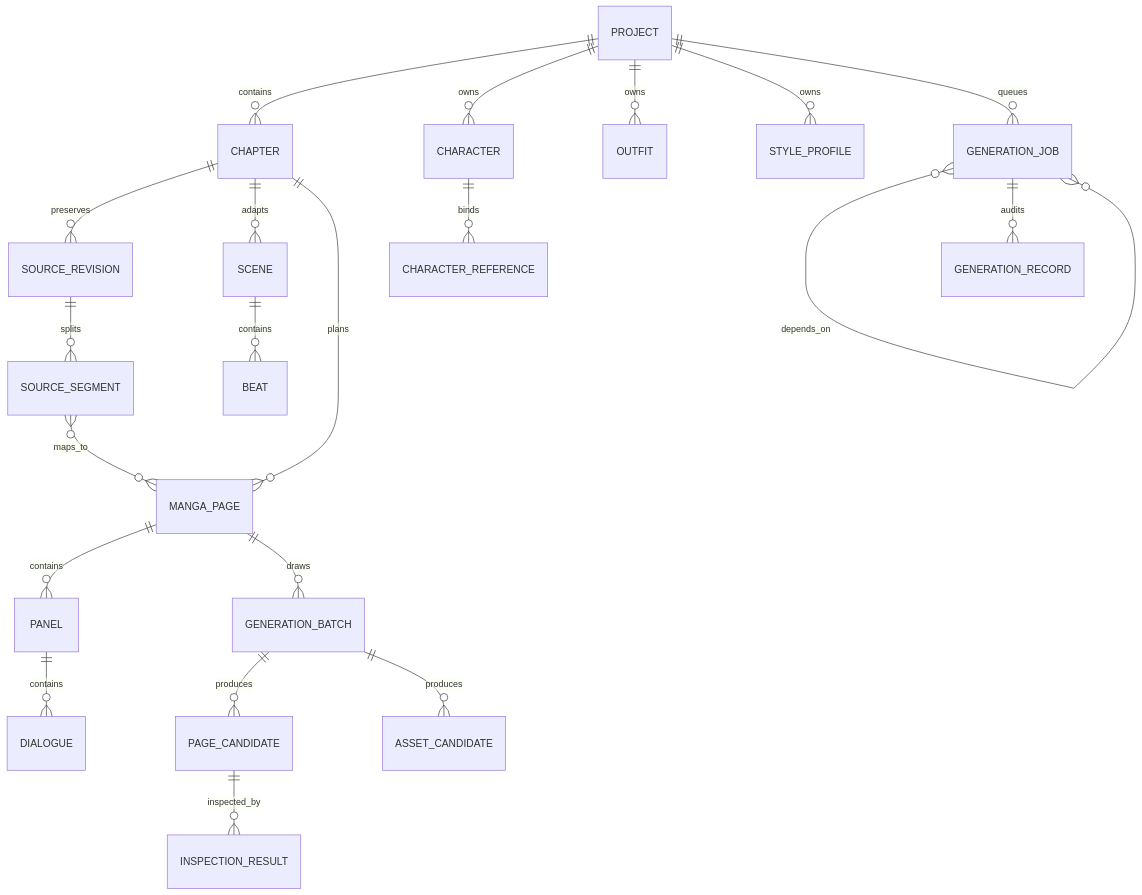
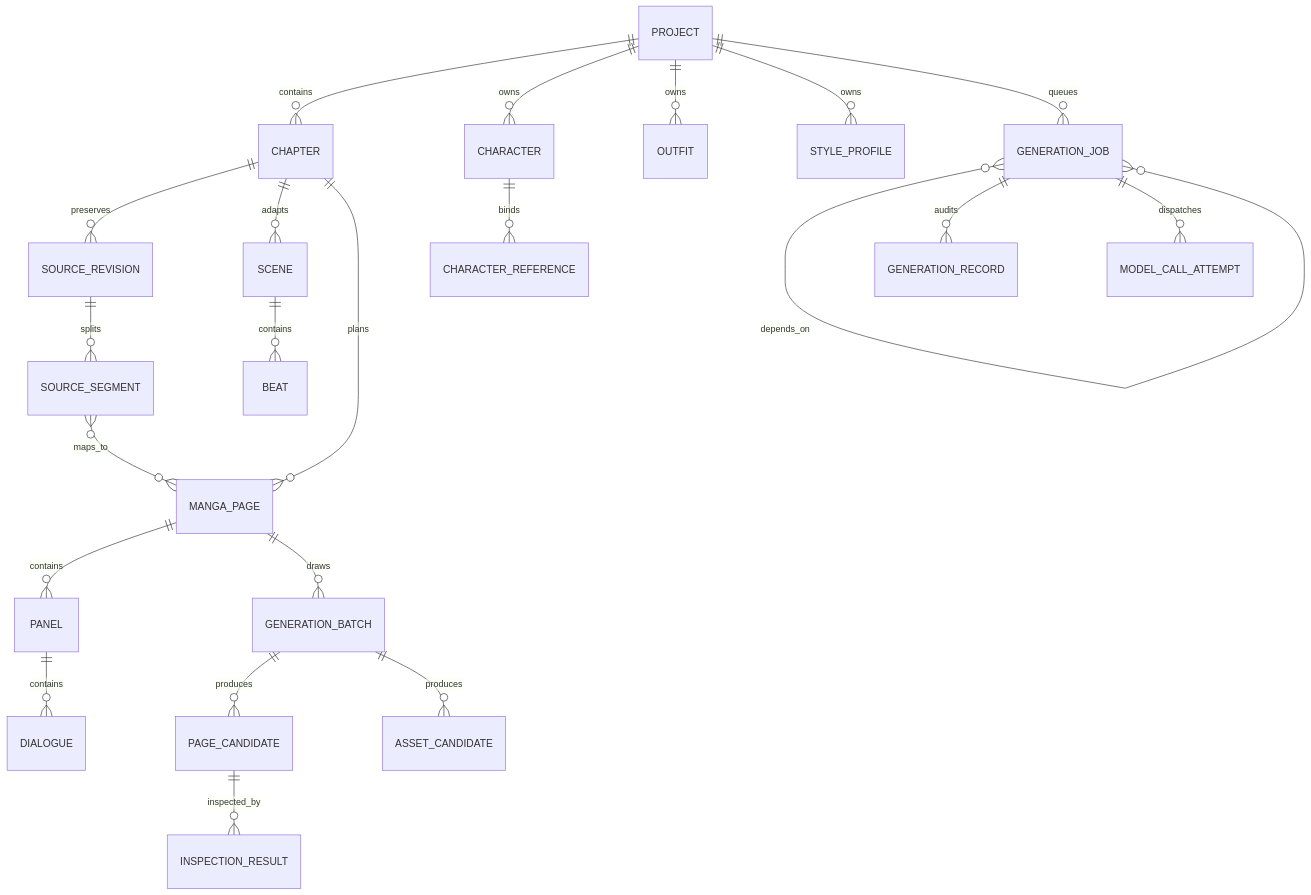
Before and after one commit to coffe01-10/MangaFlow: the first of 3 diagrams in docs/data-model.md, drawn with Mermaid. The commit also changed other lines of this file and 3 other files, not shown here.

````diff
--- a/docs/data-model.md
+++ b/docs/data-model.md
@@ -17,23 +17,24 @@
 ```mermaid
 erDiagram
     PROJECT ||--o{ CHAPTER : contains
     PROJECT ||--o{ CHARACTER : owns
     PROJECT ||--o{ OUTFIT : owns
     PROJECT ||--o{ STYLE_PROFILE : owns
     PROJECT ||--o{ GENERATION_JOB : queues
     CHAPTER ||--o{ SOURCE_REVISION : preserves
     SOURCE_REVISION ||--o{ SOURCE_SEGMENT : splits
     CHAPTER ||--o{ SCENE : adapts
     SCENE ||--o{ BEAT : contains
     CHAPTER ||--o{ MANGA_PAGE : plans
     SOURCE_SEGMENT }o--o{ MANGA_PAGE : maps_to
     MANGA_PAGE ||--o{ PANEL : contains
     PANEL ||--o{ DIALOGUE : contains
     MANGA_PAGE ||--o{ GENERATION_BATCH : draws
     GENERATION_BATCH ||--o{ PAGE_CANDIDATE : produces
     GENERATION_BATCH ||--o{ ASSET_CANDIDATE : produces
     CHARACTER ||--o{ CHARACTER_REFERENCE : binds
     GENERATION_JOB }o--o{ GENERATION_JOB : depends_on
     GENERATION_JOB ||--o{ GENERATION_RECORD : audits
+    GENERATION_JOB ||--o{ MODEL_CALL_ATTEMPT : dispatches
     PAGE_CANDIDATE ||--o{ INSPECTION_RESULT : inspected_by
 ```
````
